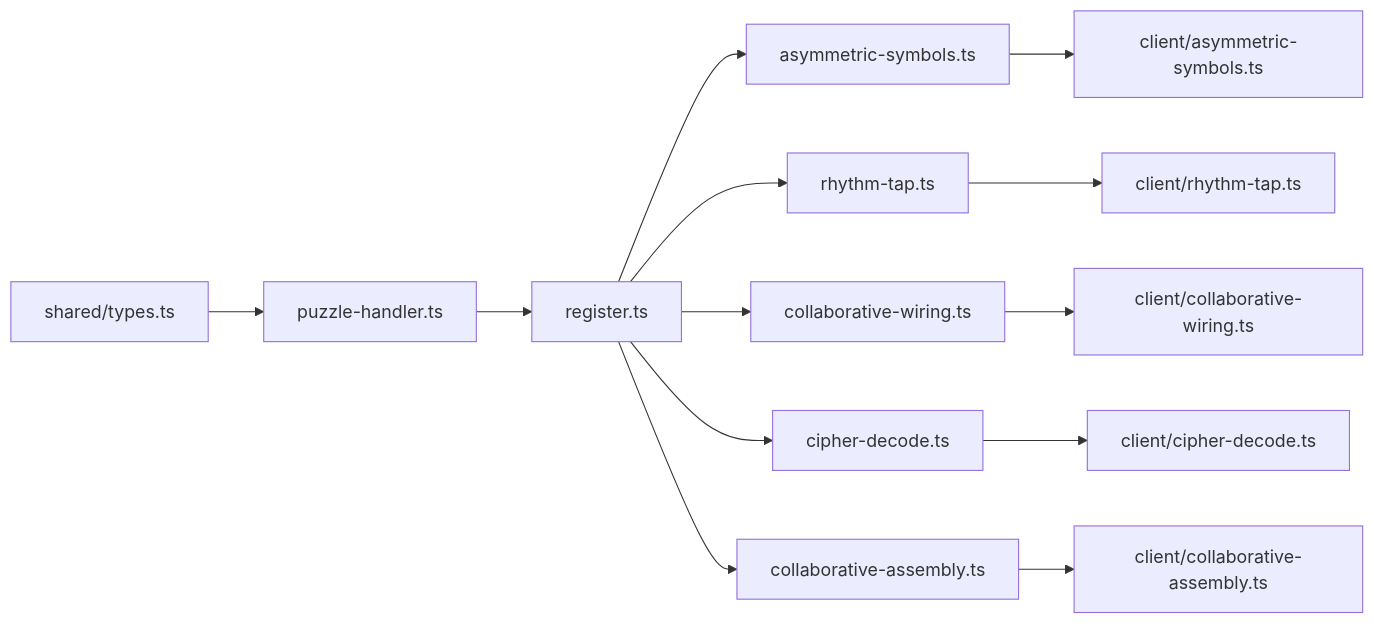
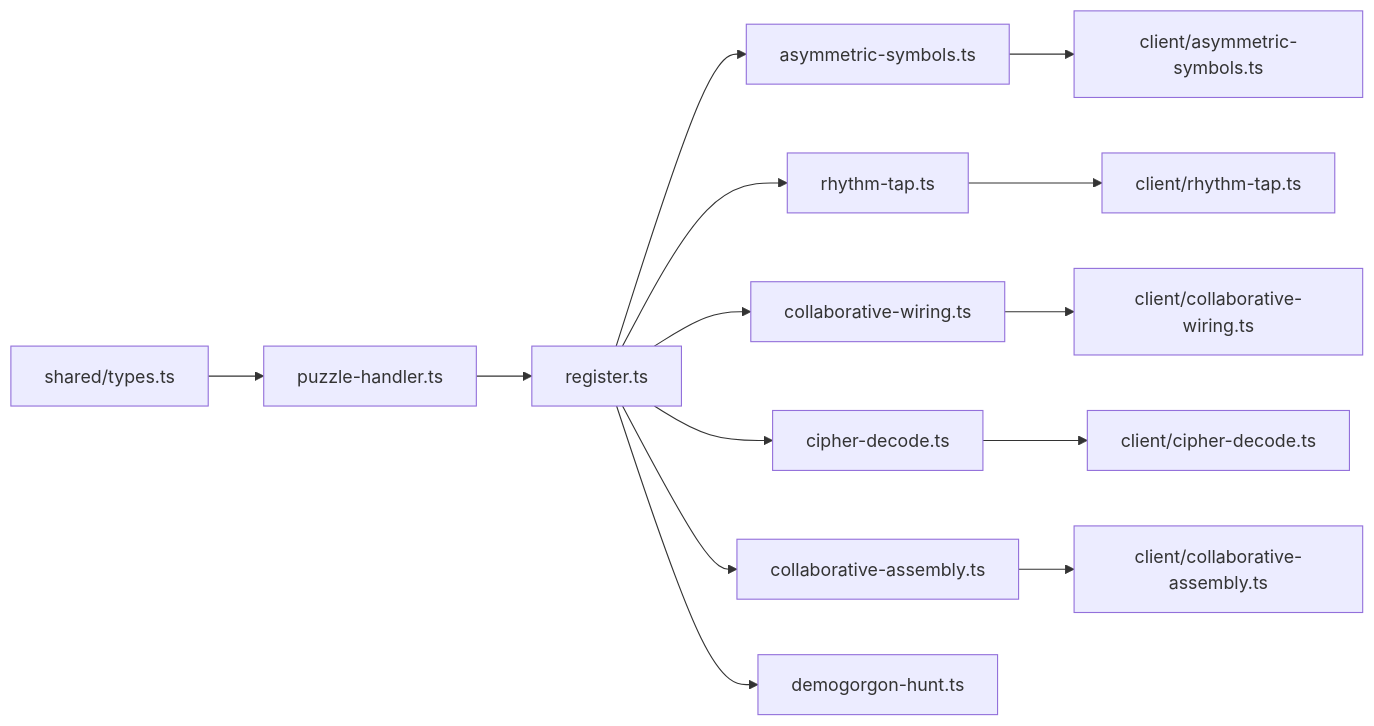
One commit to dkoukoul/escape-room-mvp changed diagram 11 of 11 in .qoder/repowiki/en/content/Puzzle System/Puzzle System.md. Above: the diagram before and after it, drawn with Mermaid. The commit also changed other lines of this file and 21 other files, not shown here.

````diff
--- a/.qoder/repowiki/en/content/Puzzle System/Puzzle System.md
+++ b/.qoder/repowiki/en/content/Puzzle System/Puzzle System.md
@@ -436,15 +479,16 @@
 ```mermaid
 graph LR
 Types["shared/types.ts"] --> IFace["puzzle-handler.ts"]
 IFace --> Reg["register.ts"]
 Reg --> H1["asymmetric-symbols.ts"]
 Reg --> H2["rhythm-tap.ts"]
 Reg --> H3["collaborative-wiring.ts"]
 Reg --> H4["cipher-decode.ts"]
 Reg --> H5["collaborative-assembly.ts"]
+Reg --> H6["demogorgon-hunt.ts"]
 H1 --> C1["client/asymmetric-symbols.ts"]
 H2 --> C2["client/rhythm-tap.ts"]
 H3 --> C3["client/collaborative-wiring.ts"]
 H4 --> C4["client/cipher-decode.ts"]
 H5 --> C5["client/collaborative-assembly.ts"]
 ```
````
